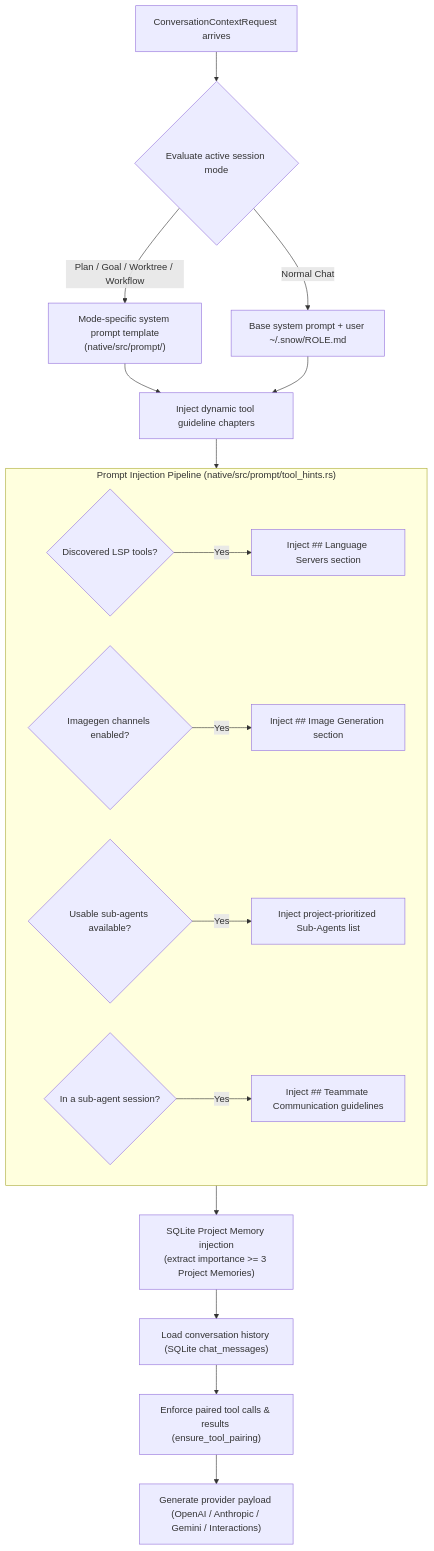
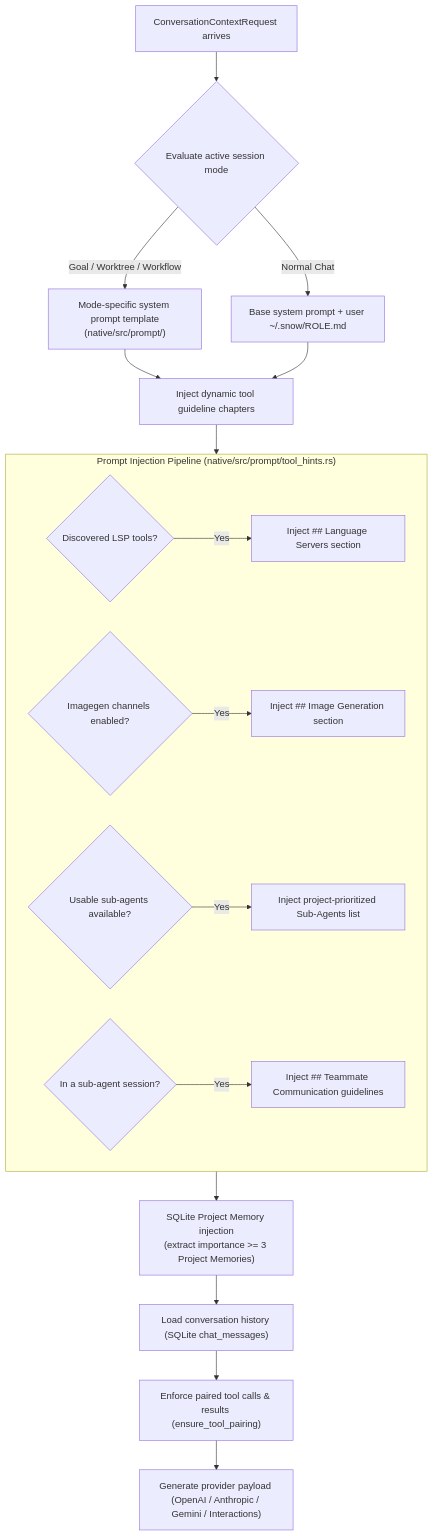
The fourth of 23 diagrams in docs/en/4-architecture-and-development/4-agent-runtime-and-tool-orchestration.md (BaSui01/snow-app), drawn with Mermaid before and after one commit. The commit also changed other lines of this file and 135 other files, not shown here.

First line of the commit message:
refactor: remove Plan Mode feature

````diff
--- a/docs/en/4-architecture-and-development/4-agent-runtime-and-tool-orchestration.md
+++ b/docs/en/4-architecture-and-development/4-agent-runtime-and-tool-orchestration.md
@@ -132,22 +132,22 @@
 ```mermaid
 flowchart TD
     Req["ConversationContextRequest arrives"] --> ModeCheck{"Evaluate active session mode"}
-    ModeCheck -->|Plan / Goal / Worktree / Workflow| ModePrompt["Mode-specific system prompt template<br/>(native/src/prompt/)"]
+    ModeCheck -->|Goal / Worktree / Workflow| ModePrompt["Mode-specific system prompt template<br/>(native/src/prompt/)"]
     ModeCheck -->|Normal Chat| BasePrompt["Base system prompt + user ~/.snow/ROLE.md"]
 
     ModePrompt --> InjectChapters["Inject dynamic tool guideline chapters"]
     BasePrompt --> InjectChapters
 
     subgraph PromptInjection["Prompt Injection Pipeline (native/src/prompt/tool_hints.rs)"]
         LSPCheck{"Discovered LSP tools?"} -- Yes --> LSPPrompt["Inject ## Language Servers section"]
         ImgCheck{"Imagegen channels enabled?"} -- Yes --> ImgPrompt["Inject ## Image Generation section"]
         AgentCheck{"Usable sub-agents available?"} -- Yes --> AgentPrompt["Inject project-prioritized Sub-Agents list"]
         TeamCheck{"In a sub-agent session?"} -- Yes --> TeamPrompt["Inject ## Teammate Communication guidelines"]
     end
 
     InjectChapters --> PromptInjection
     PromptInjection --> MemInject["SQLite Project Memory injection<br/>(extract importance >= 3 Project Memories)"]
     MemInject --> HistoryLoad["Load conversation history (SQLite chat_messages)"]
     HistoryLoad --> ToolPair["Enforce paired tool calls & results (ensure_tool_pairing)"]
     ToolPair --> PayloadGen["Generate provider payload (OpenAI / Anthropic / Gemini / Interactions)"]
 ```
````
